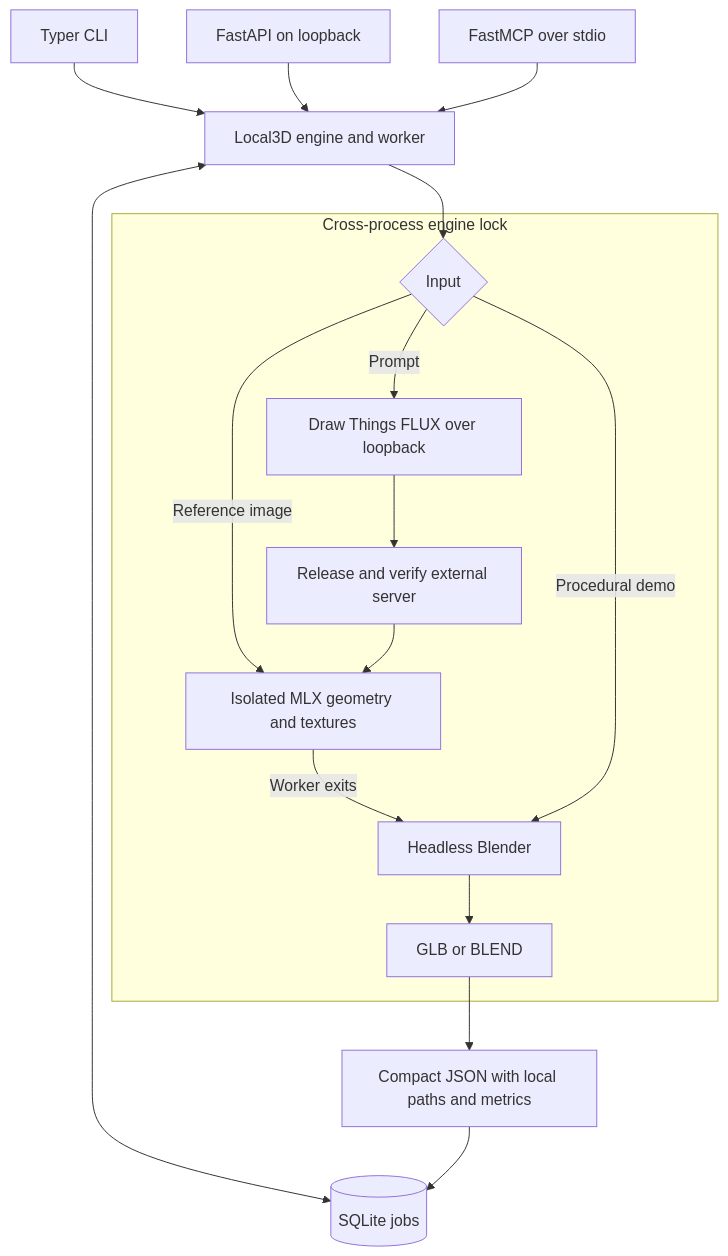
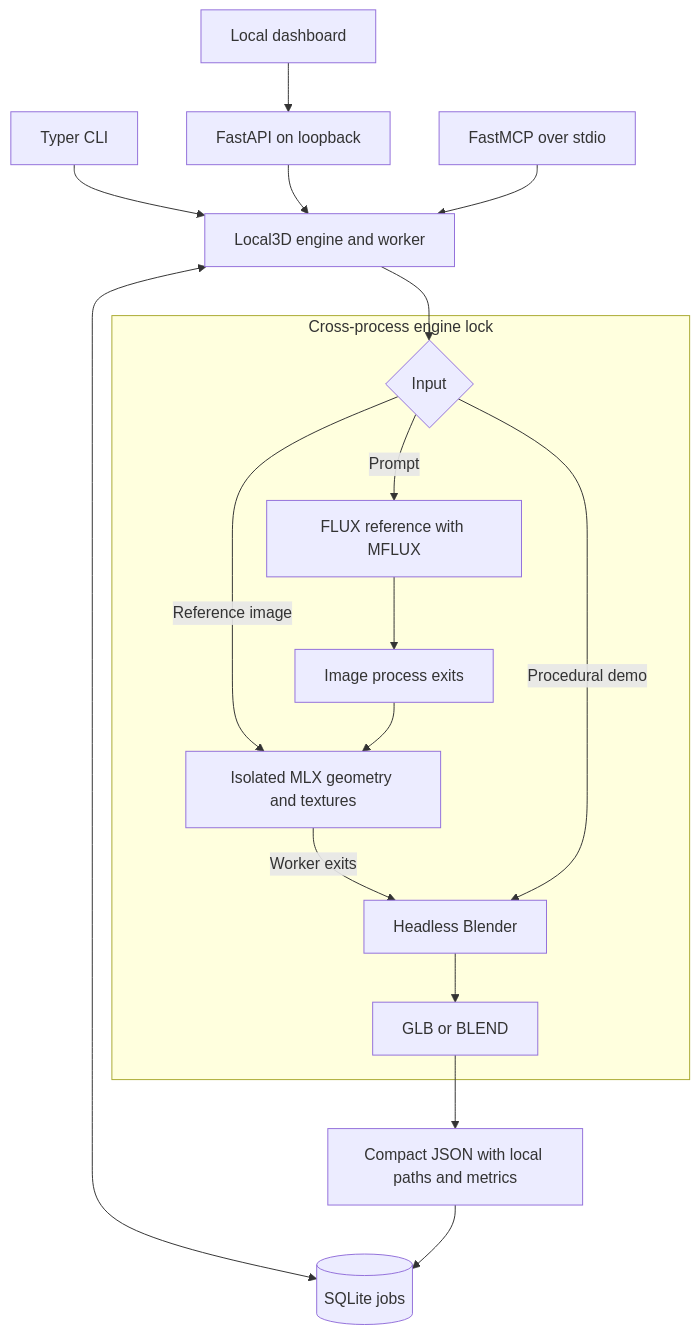
The diagram in docs/architecture.mmd (crafter-station/local3d), drawn with Mermaid before and after one commit. The commit also changed 19 other files, not shown here.

Commit message:
Add local prompt generation and an interactive asset dashboard

```diff
--- a/docs/architecture.mmd
+++ b/docs/architecture.mmd
@@ -1,17 +1,18 @@
 flowchart TB
     CLI[Typer CLI] --> Engine
+    Web[Local dashboard] --> REST
     REST[FastAPI on loopback] --> Engine
     MCP[FastMCP over stdio] --> Engine
     Engine[Local3D engine and worker] <--> Jobs[(SQLite jobs)]
     Engine --> Input{Input}
     subgraph Lock[Cross-process engine lock]
-        Input -->|Prompt| Image[Draw Things FLUX over loopback]
-        Image --> Release[Release and verify external server]
+        Input -->|Prompt| Image[FLUX reference with MFLUX]
+        Image --> Release[Image process exits]
         Input -->|Reference image| Geometry
         Release --> Geometry[Isolated MLX geometry and textures]
         Geometry -->|Worker exits| Blender[Headless Blender]
         Input -->|Procedural demo| Blender
         Blender --> Files[GLB or BLEND]
     end
     Files --> Result[Compact JSON with local paths and metrics]
     Result --> Jobs
```
